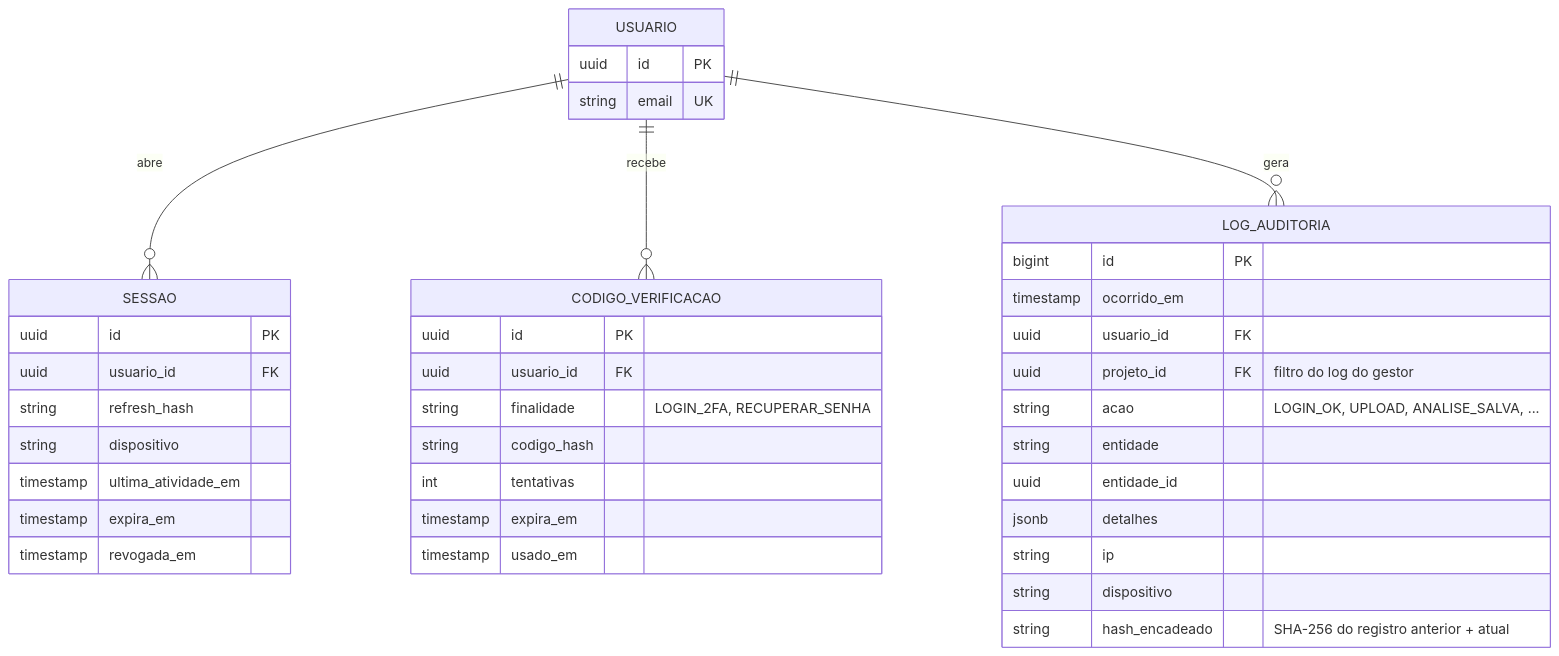
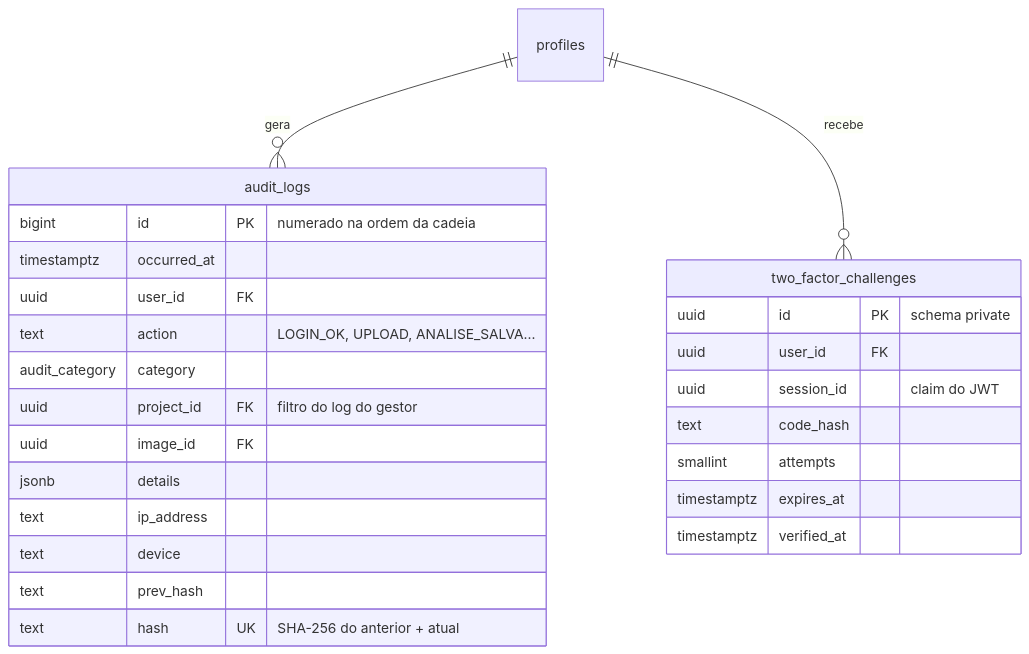
Diagram 13 of 13 in docs/02-arquitetura.md (Matheus-Lordron/ki67), drawn with Mermaid before and after one commit. The commit also changed other lines of this file and 116 other files, not shown here.

````diff
--- a/docs/02-arquitetura.md
+++ b/docs/02-arquitetura.md
@@ -553,42 +542,29 @@
 ```mermaid
 erDiagram
-    USUARIO ||--o{ SESSAO : "abre"
-    USUARIO ||--o{ CODIGO_VERIFICACAO : "recebe"
-    USUARIO ||--o{ LOG_AUDITORIA : "gera"
+    profiles ||--o{ audit_logs : "gera"
+    profiles ||--o{ two_factor_challenges : "recebe"
 
-    USUARIO {
-        uuid id PK
-        string email UK
+    audit_logs {
+        bigint id PK "numerado na ordem da cadeia"
+        timestamptz occurred_at
+        uuid user_id FK
+        text action "LOGIN_OK, UPLOAD, ANALISE_SALVA..."
+        audit_category category
+        uuid project_id FK "filtro do log do gestor"
+        uuid image_id FK
+        jsonb details
+        text ip_address
+        text device
+        text prev_hash
+        text hash UK "SHA-256 do anterior + atual"
     }
-    LOG_AUDITORIA {
-        bigint id PK
-        timestamp ocorrido_em
-        uuid usuario_id FK
-        uuid projeto_id FK "filtro do log do gestor"
-        string acao "LOGIN_OK, UPLOAD, ANALISE_SALVA, ..."
-        string entidade
-        uuid entidade_id
-        jsonb detalhes
-        string ip
-        string dispositivo
-        string hash_encadeado "SHA-256 do registro anterior + atual"
-    }
-    SESSAO {
-        uuid id PK
-        uuid usuario_id FK
-        string refresh_hash
-        string dispositivo
-        timestamp ultima_atividade_em
-        timestamp expira_em
-        timestamp revogada_em
-    }
-    CODIGO_VERIFICACAO {
-        uuid id PK
-        uuid usuario_id FK
-        string finalidade "LOGIN_2FA, RECUPERAR_SENHA"
-        string codigo_hash
-        int tentativas
-        timestamp expira_em
-        timestamp usado_em
+    two_factor_challenges {
+        uuid id PK "schema private"
+        uuid user_id FK
+        uuid session_id "claim do JWT"
+        text code_hash
+        smallint attempts
+        timestamptz expires_at
+        timestamptz verified_at
     }
 ```
````
